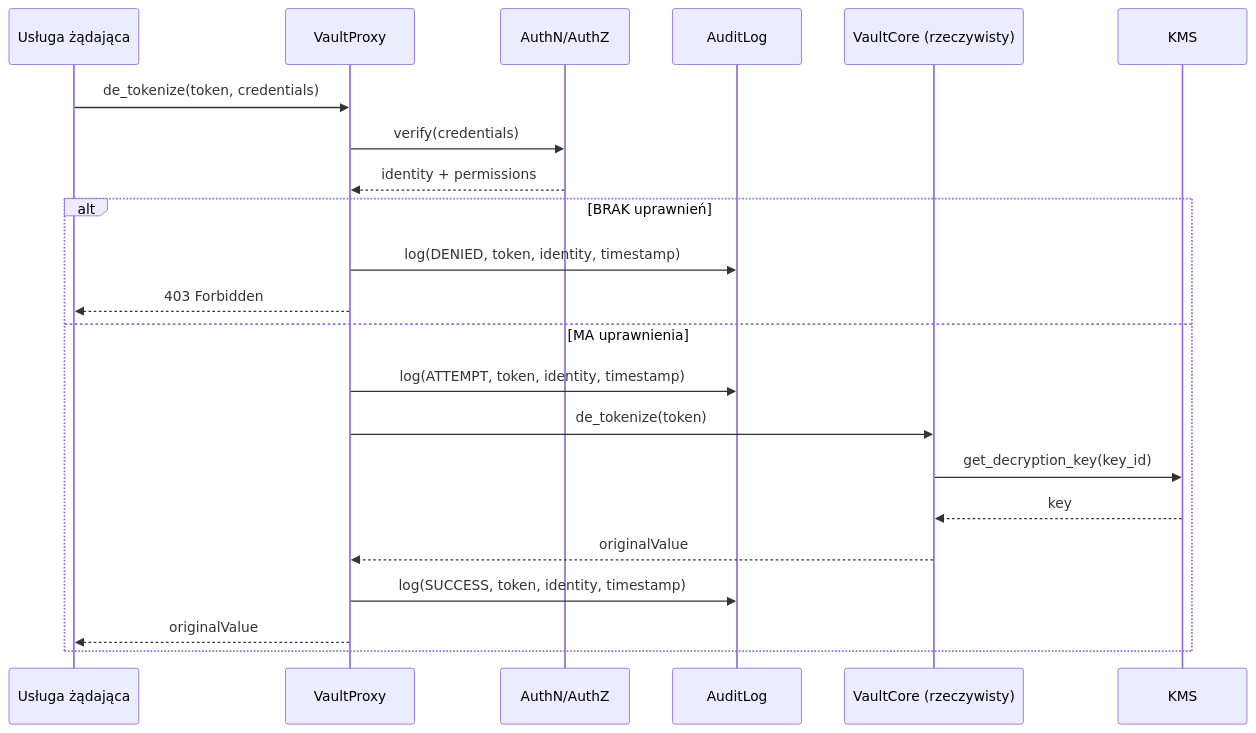
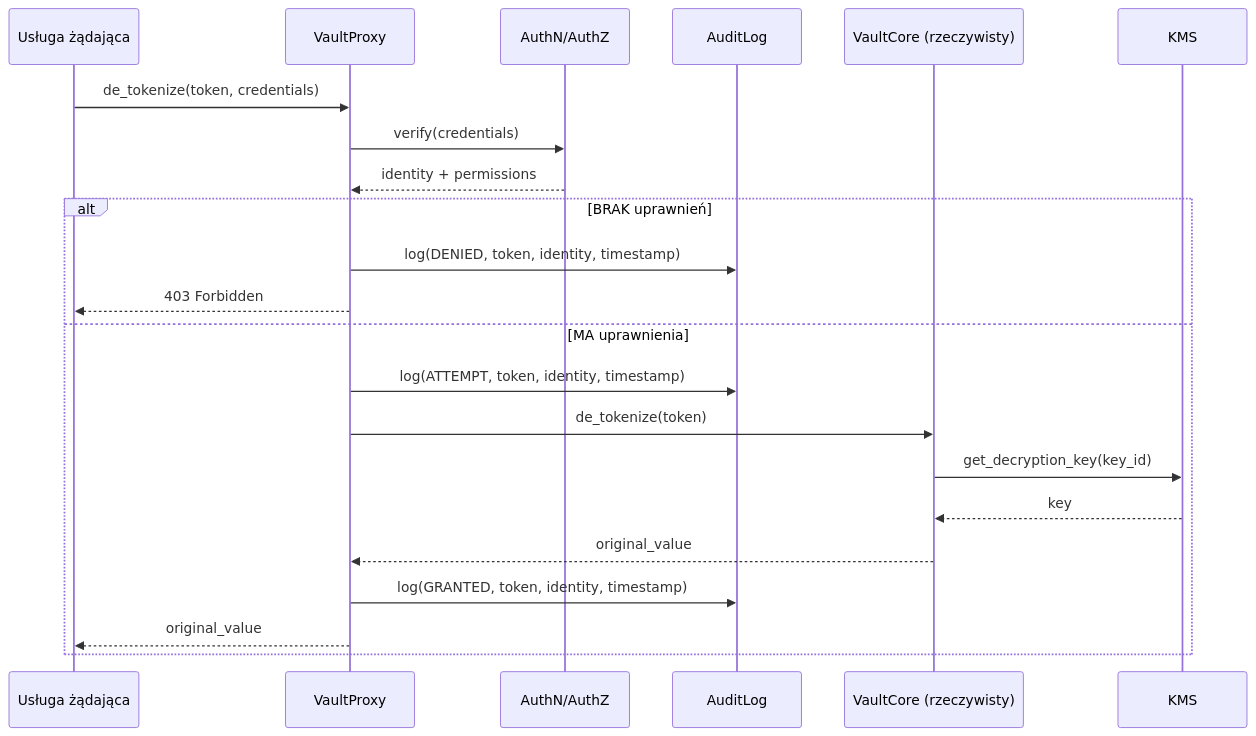
Before and after one commit to gniewekk/Privacy-Preserving-Context-Pipeline-for-LLMs-DP: the fifth of 14 diagrams in ARCHITECTURE.md, drawn with Mermaid. The commit also changed other lines of this file and 12 other files, not shown here.

````diff
--- a/ARCHITECTURE.md
+++ b/ARCHITECTURE.md
@@ -273,26 +273,26 @@
 ```mermaid
 sequenceDiagram
     participant Service as Usługa żądająca
     participant VaultProxy as VaultProxy
     participant AuthN as AuthN/AuthZ
     participant AuditLog as AuditLog
     participant VaultCore as VaultCore (rzeczywisty)
     participant KMS as KMS
 
     Service->>VaultProxy: de_tokenize(token, credentials)
     VaultProxy->>AuthN: verify(credentials)
     AuthN-->>VaultProxy: identity + permissions
 
     alt BRAK uprawnień
         VaultProxy->>AuditLog: log(DENIED, token, identity, timestamp)
         VaultProxy-->>Service: 403 Forbidden
     else MA uprawnienia
         VaultProxy->>AuditLog: log(ATTEMPT, token, identity, timestamp)
         VaultProxy->>VaultCore: de_tokenize(token)
         VaultCore->>KMS: get_decryption_key(key_id)
         KMS-->>VaultCore: key
-        VaultCore-->>VaultProxy: originalValue
-        VaultProxy->>AuditLog: log(SUCCESS, token, identity, timestamp)
-        VaultProxy-->>Service: originalValue
+        VaultCore-->>VaultProxy: original_value
+        VaultProxy->>AuditLog: log(GRANTED, token, identity, timestamp)
+        VaultProxy-->>Service: original_value
     end
 ```
````
